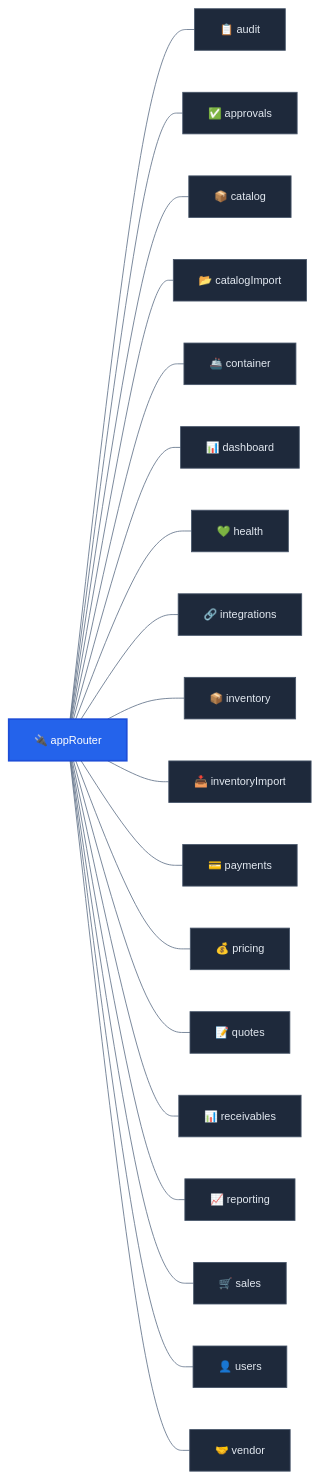
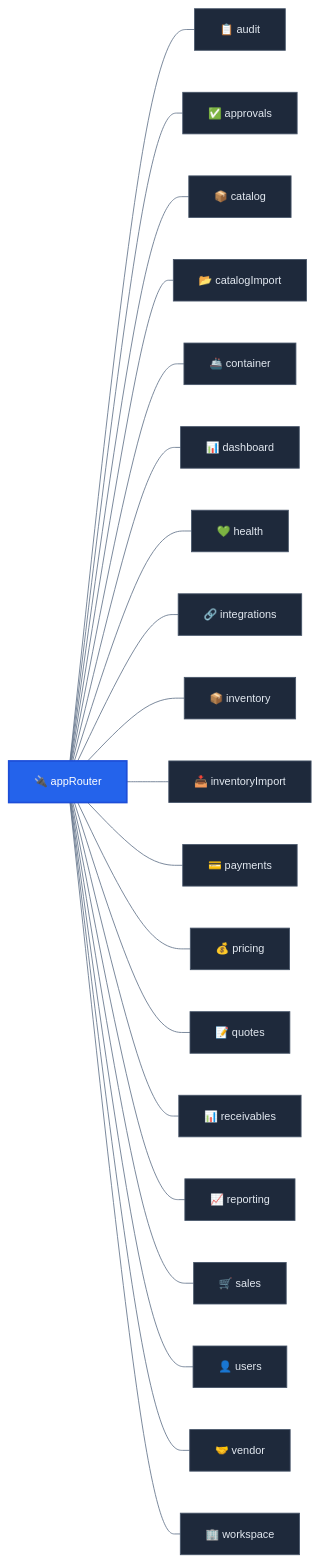
One commit to jesusjosezapata99-jpg/Cendaro changed the third of 9 diagrams in README.md. Above: the diagram before and after it, drawn with Mermaid. The commit also changed other lines of this file and 1 other file, not shown here.

Commit message:
feat: Introduce multi-tenancy (workspaces) and notification features, updating API, DB schema, UI, and documentation.

````diff
--- a/README.md
+++ b/README.md
@@ -245,28 +246,29 @@
 ```mermaid
 %%{init: {'theme': 'base', 'themeVariables': {'primaryColor': '#1e293b', 'primaryTextColor': '#e2e8f0', 'primaryBorderColor': '#475569', 'lineColor': '#64748b', 'fontSize': '13px'}}}%%
 
 graph LR
   classDef router fill:#1e293b,stroke:#475569,color:#e2e8f0,stroke-width:1px
   classDef core fill:#2463eb,stroke:#1d4ed8,color:#fff,stroke-width:2px
 
   ROOT["🔌 appRouter"]:::core
 
   ROOT --- A["📋 audit"]:::router
   ROOT --- B["✅ approvals"]:::router
   ROOT --- C["📦 catalog"]:::router
   ROOT --- CA2["📂 catalogImport"]:::router
   ROOT --- D["🚢 container"]:::router
   ROOT --- E["📊 dashboard"]:::router
   ROOT --- F["💚 health"]:::router
   ROOT --- G["🔗 integrations"]:::router
   ROOT --- H["📦 inventory"]:::router
   ROOT --- I["📥 inventoryImport"]:::router
   ROOT --- J["💳 payments"]:::router
   ROOT --- K["💰 pricing"]:::router
   ROOT --- L["📝 quotes"]:::router
   ROOT --- M["📊 receivables"]:::router
   ROOT --- N["📈 reporting"]:::router
   ROOT --- O["🛒 sales"]:::router
   ROOT --- P["👤 users"]:::router
   ROOT --- Q["🤝 vendor"]:::router
+  ROOT --- R["🏢 workspace"]:::router
 ```
````
